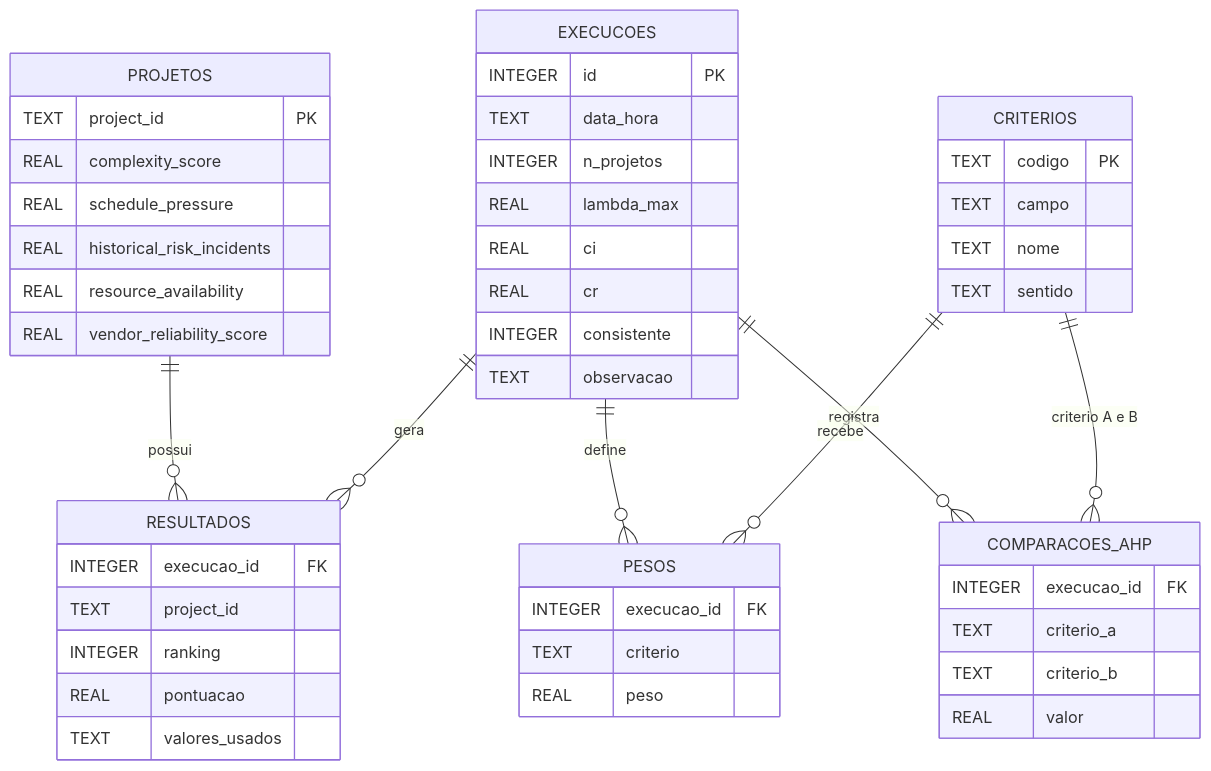
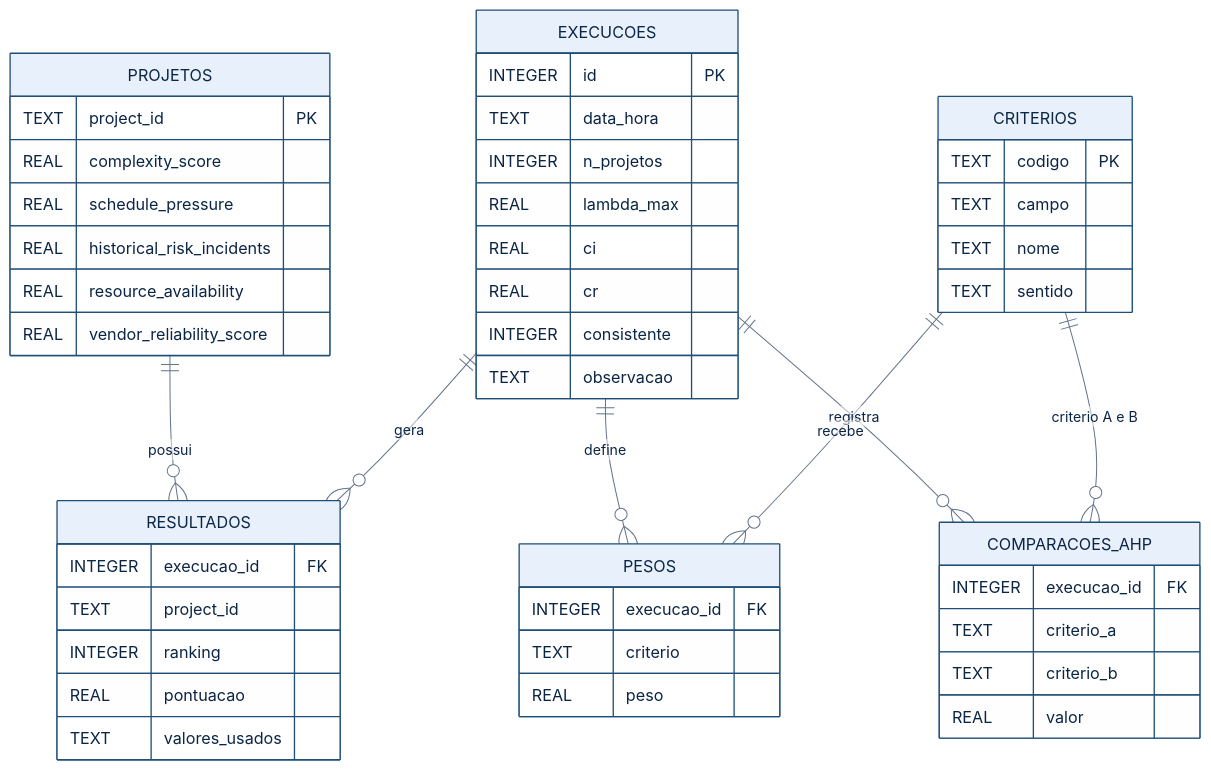
The second of 2 diagrams in README.md (Finin021/sistema-priorizacao-projetos-ahp-saw), drawn with Mermaid before and after one commit. The commit also changed other lines of this file, not shown here.

````diff
--- a/README.md
+++ b/README.md
@@ -129,52 +178,53 @@
 ```mermaid
+%%{init: {"theme": "base", "themeVariables": {"fontFamily": "Segoe UI, Arial, sans-serif", "primaryColor": "#E8F1FB", "primaryBorderColor": "#1F4E79", "primaryTextColor": "#0B2545", "lineColor": "#64748B"}}}%%
 erDiagram
     PROJETOS ||--o{ RESULTADOS : possui
     EXECUCOES ||--o{ RESULTADOS : gera
     EXECUCOES ||--o{ PESOS : define
     EXECUCOES ||--o{ COMPARACOES_AHP : registra
     CRITERIOS ||--o{ PESOS : recebe
     CRITERIOS ||--o{ COMPARACOES_AHP : "criterio A e B"
 
     PROJETOS {
         TEXT project_id PK
         REAL complexity_score
         REAL schedule_pressure
         REAL historical_risk_incidents
         REAL resource_availability
         REAL vendor_reliability_score
     }
     CRITERIOS {
         TEXT codigo PK
         TEXT campo
         TEXT nome
         TEXT sentido
     }
     EXECUCOES {
         INTEGER id PK
         TEXT data_hora
         INTEGER n_projetos
         REAL lambda_max
         REAL ci
         REAL cr
         INTEGER consistente
         TEXT observacao
     }
     COMPARACOES_AHP {
         INTEGER execucao_id FK
         TEXT criterio_a
         TEXT criterio_b
         REAL valor
     }
     PESOS {
         INTEGER execucao_id FK
         TEXT criterio
         REAL peso
     }
     RESULTADOS {
         INTEGER execucao_id FK
         TEXT project_id
         INTEGER ranking
         REAL pontuacao
         TEXT valores_usados
     }
 ```
````
